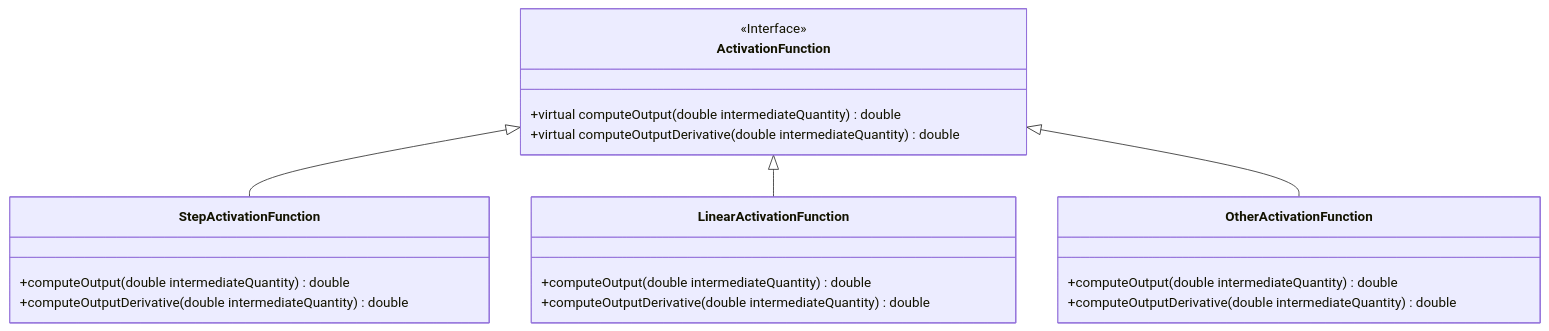
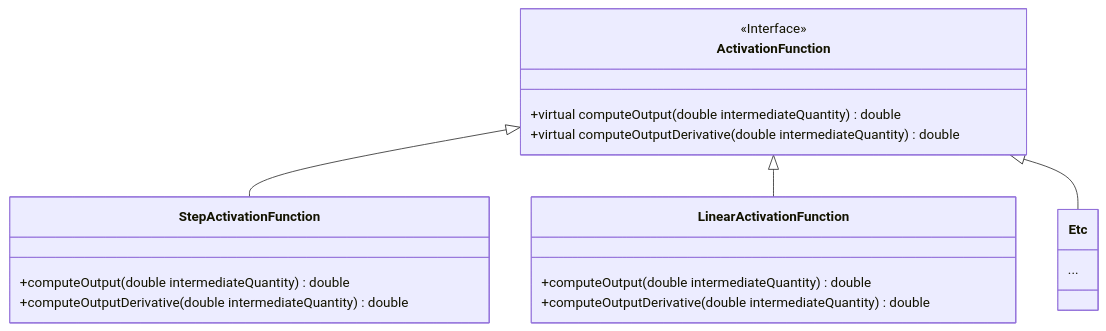
Before and after one commit to alejandrofsevilla/neural-network-notes: the first of 4 diagrams in README.md, drawn with Mermaid. The commit also changed other lines of this file, not shown here.

````diff
--- a/README.md
+++ b/README.md
@@ -286,16 +286,15 @@
 ```mermaid
 %%{init: {"class": {"hideEmptyMembersBox": true}}}%%
 classDiagram
 ActivationFunction <|-- StepActivationFunction
 ActivationFunction <|-- LinearActivationFunction
-ActivationFunction <|-- OtherActivationFunction
+ActivationFunction <|-- Etc
 <<Interface>> ActivationFunction
 ActivationFunction : +virtual computeOutput(double intermediateQuantity) double
 ActivationFunction : +virtual computeOutputDerivative(double intermediateQuantity) double
 StepActivationFunction : +computeOutput(double intermediateQuantity) double
 StepActivationFunction : +computeOutputDerivative(double intermediateQuantity) double
 LinearActivationFunction : +computeOutput(double intermediateQuantity) double
 LinearActivationFunction : +computeOutputDerivative(double intermediateQuantity) double
-OtherActivationFunction : +computeOutput(double intermediateQuantity) double
-OtherActivationFunction : +computeOutputDerivative(double intermediateQuantity) double
+Etc : ...
 ```
````
